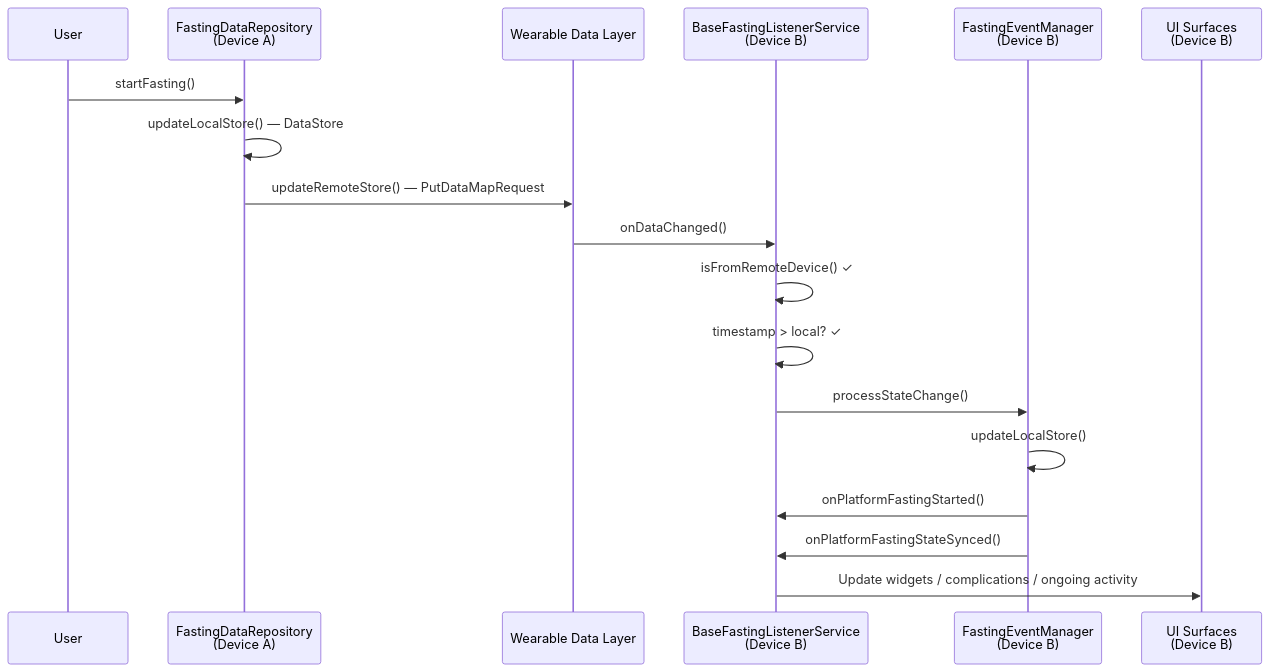
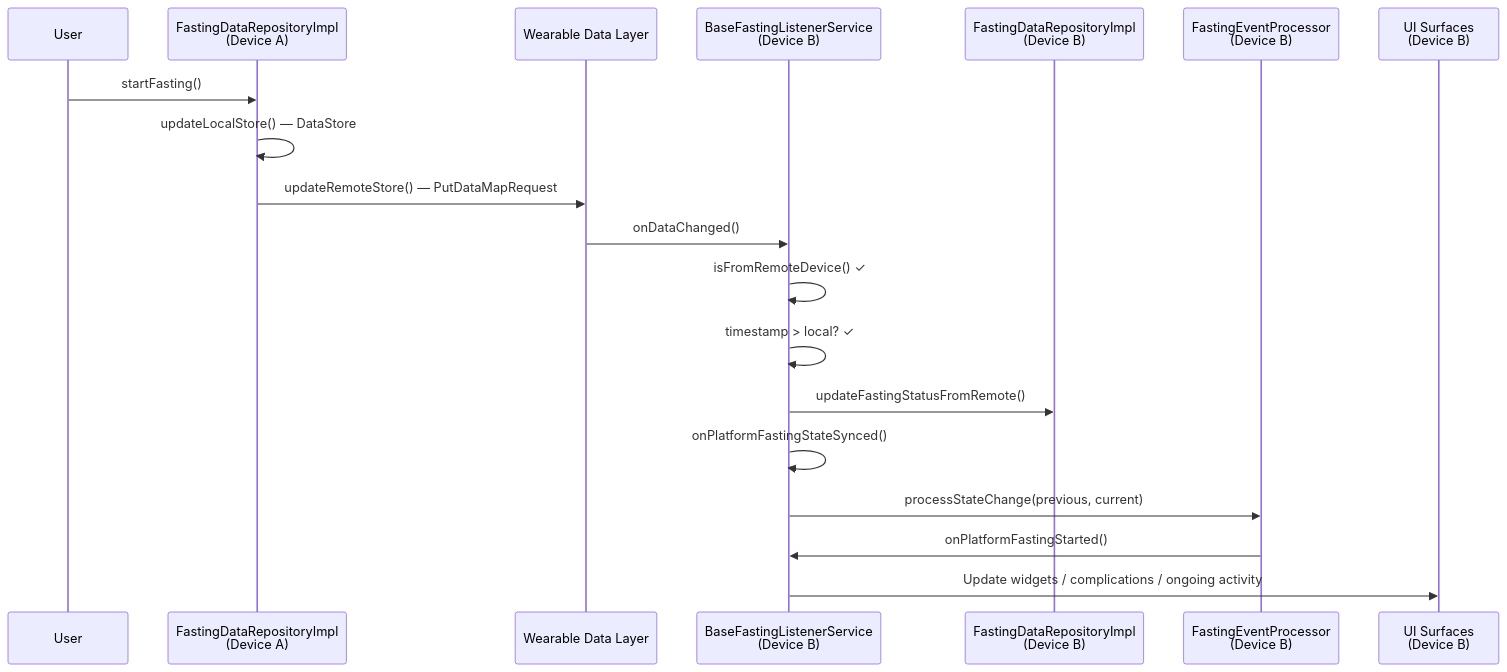
The diagram in docs/DATA_SYNC.md (charliesbot/one), drawn with Mermaid before and after one commit. The commit also changed other lines of this file and 1 other file, not shown here.

Commit message:
docs: update architecture after module migration (#84)

````diff
--- a/docs/DATA_SYNC.md
+++ b/docs/DATA_SYNC.md
@@ -57,21 +66,22 @@
 ```mermaid
 sequenceDiagram
     participant User
-    participant RepoA as FastingDataRepository<br/>(Device A)
+    participant RepoA as FastingDataRepositoryImpl<br/>(Device A)
     participant DataLayer as Wearable Data Layer
     participant ListenerB as BaseFastingListenerService<br/>(Device B)
-    participant ManagerB as FastingEventManager<br/>(Device B)
+    participant RepoB as FastingDataRepositoryImpl<br/>(Device B)
+    participant ProcessorB as FastingEventProcessor<br/>(Device B)
     participant UIB as UI Surfaces<br/>(Device B)
 
     User->>RepoA: startFasting()
     RepoA->>RepoA: updateLocalStore() — DataStore
     RepoA->>DataLayer: updateRemoteStore() — PutDataMapRequest
     DataLayer->>ListenerB: onDataChanged()
     ListenerB->>ListenerB: isFromRemoteDevice() ✓
     ListenerB->>ListenerB: timestamp > local? ✓
-    ListenerB->>ManagerB: processStateChange()
-    ManagerB->>ManagerB: updateLocalStore()
-    ManagerB->>ListenerB: onPlatformFastingStarted()
-    ManagerB->>ListenerB: onPlatformFastingStateSynced()
+    ListenerB->>RepoB: updateFastingStatusFromRemote()
+    ListenerB->>ListenerB: onPlatformFastingStateSynced()
+    ListenerB->>ProcessorB: processStateChange(previous, current)
+    ProcessorB->>ListenerB: onPlatformFastingStarted()
     ListenerB->>UIB: Update widgets / complications / ongoing activity
 ```
````
